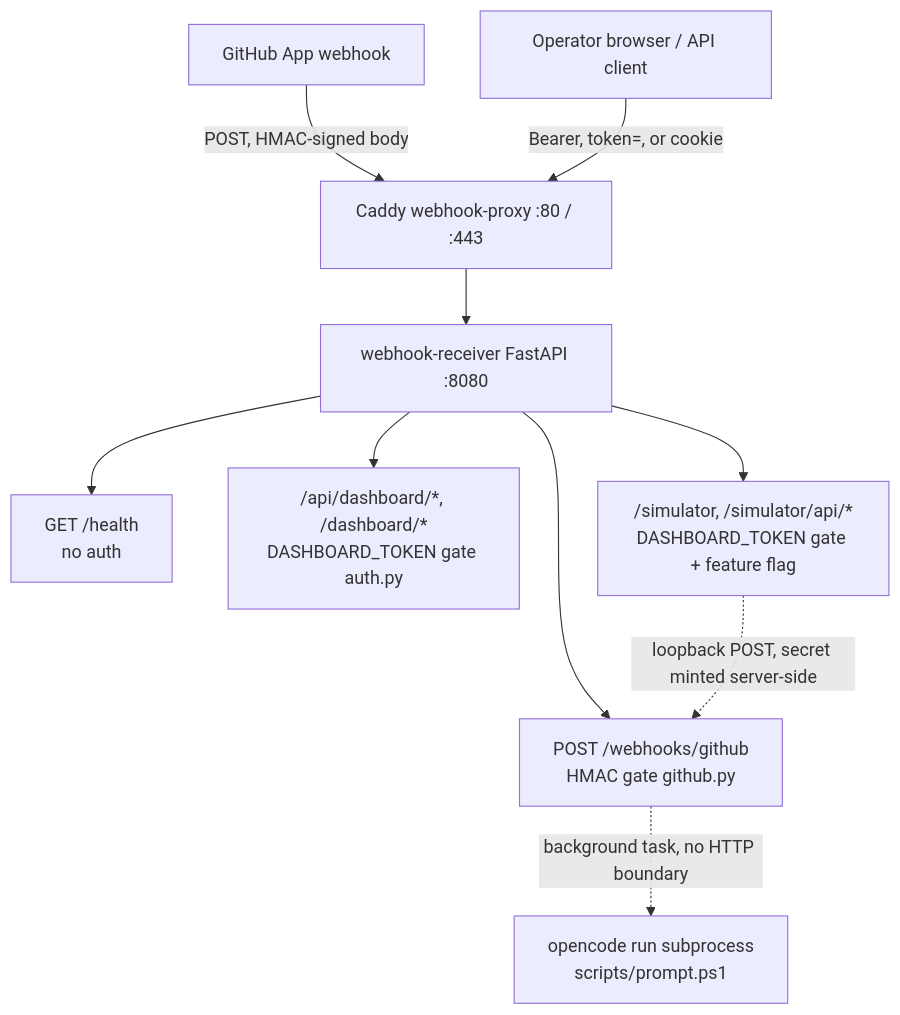
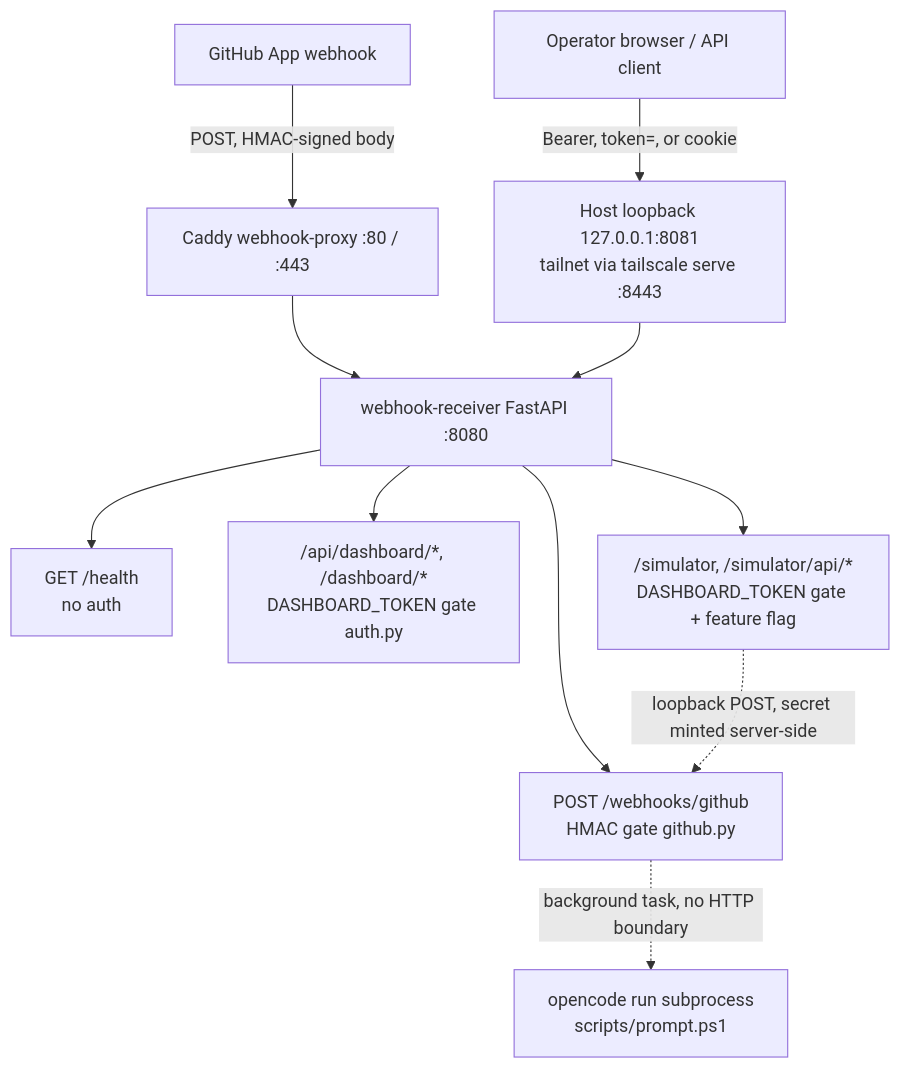
The diagram in droid-wiki/api/index.md (nam20485/orchestrator-service), drawn with Mermaid before and after one commit. The commit also changed other lines of this file and 18 other files, not shown here.

````diff
--- a/droid-wiki/api/index.md
+++ b/droid-wiki/api/index.md
@@ -9,22 +9,24 @@
 ```mermaid
 graph TB
     GH[GitHub App webhook]
     Browser[Operator browser / API client]
     Edge[Caddy webhook-proxy :80 / :443]
+    Loop["Host loopback 127.0.0.1:8081<br/>tailnet via tailscale serve :8443"]
     R[webhook-receiver FastAPI :8080]
     Health["GET /health<br/>no auth"]
     Hook["POST /webhooks/github<br/>HMAC gate github.py"]
     Dash["/api/dashboard/*, /dashboard/*<br/>DASHBOARD_TOKEN gate auth.py"]
     Sim["/simulator, /simulator/api/*<br/>DASHBOARD_TOKEN gate + feature flag"]
     Agent["opencode run subprocess<br/>scripts/prompt.ps1"]
 
     GH -->|POST, HMAC-signed body| Edge
-    Browser -->|Bearer, token=, or cookie| Edge
+    Browser -->|Bearer, token=, or cookie| Loop
     Edge --> R
+    Loop --> R
     R --> Health
     R --> Hook
     R --> Dash
     R --> Sim
     Hook -.->|background task, no HTTP boundary| Agent
     Sim -.->|loopback POST, secret minted server-side| Hook
 ```
````
